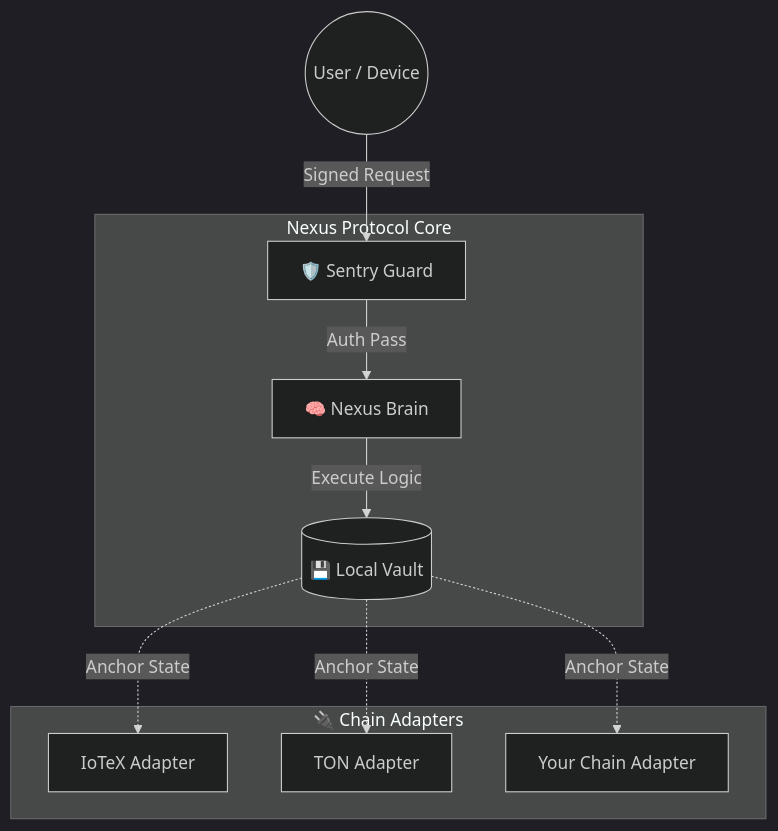
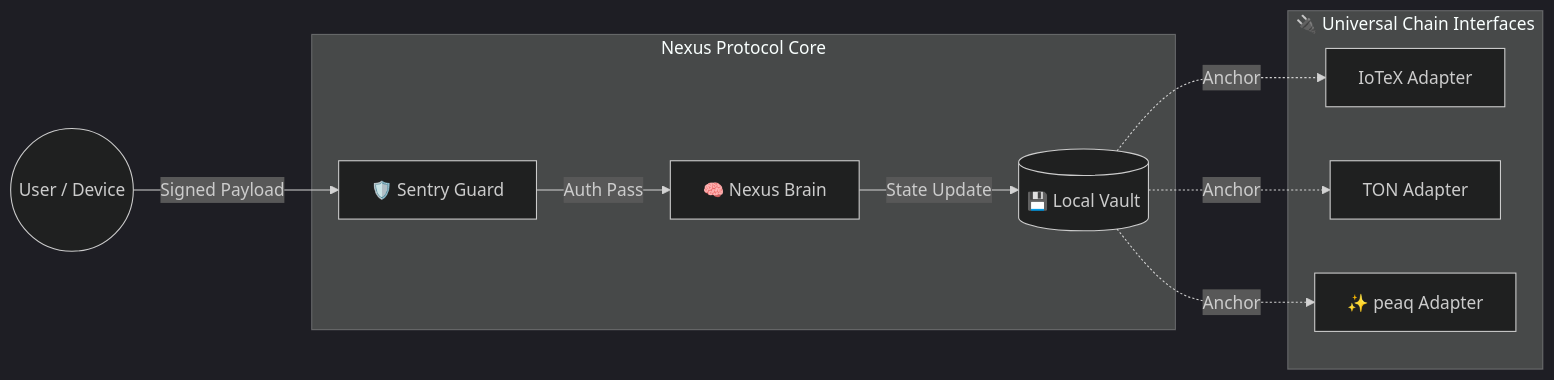
Before and after one commit to arhantbarmate/nexus-core: the diagram in README.md, drawn with Mermaid (dark theme). The commit also changed other lines of this file, not shown here.

Commit message:
docs: sync root readme with universal adapter strategy (adding peaq)

````diff
--- a/README.md
+++ b/README.md
@@ -33,15 +25,15 @@
 ```mermaid
-graph TD
-    User((User / Device)) -->|Signed Request| Sentry[🛡️ Sentry Guard]
+graph LR
+    User((User / Device)) -->|Signed Payload| Sentry[🛡️ Sentry Guard]
     
     subgraph Sovereign_Node [Nexus Protocol Core]
         Sentry -->|Auth Pass| Brain[🧠 Nexus Brain]
-        Brain -->|Execute Logic| Vault[(💾 Local Vault)]
+        Brain -->|State Update| Vault[(💾 Local Vault)]
     end
     
-    subgraph Adapters [🔌 Chain Adapters]
-        Vault -.->|Anchor State| IOTX[IoTeX Adapter]
-        Vault -.->|Anchor State| TON[TON Adapter]
-        Vault -.->|Anchor State| ANY[Your Chain Adapter]
+    subgraph Adapters [🔌 Universal Chain Interfaces]
+        Vault -.->|Anchor| IOTX[IoTeX Adapter]
+        Vault -.->|Anchor| TON[TON Adapter]
+        Vault -.->|Anchor| PEAQ[✨ peaq Adapter]
     end
 ```
````
